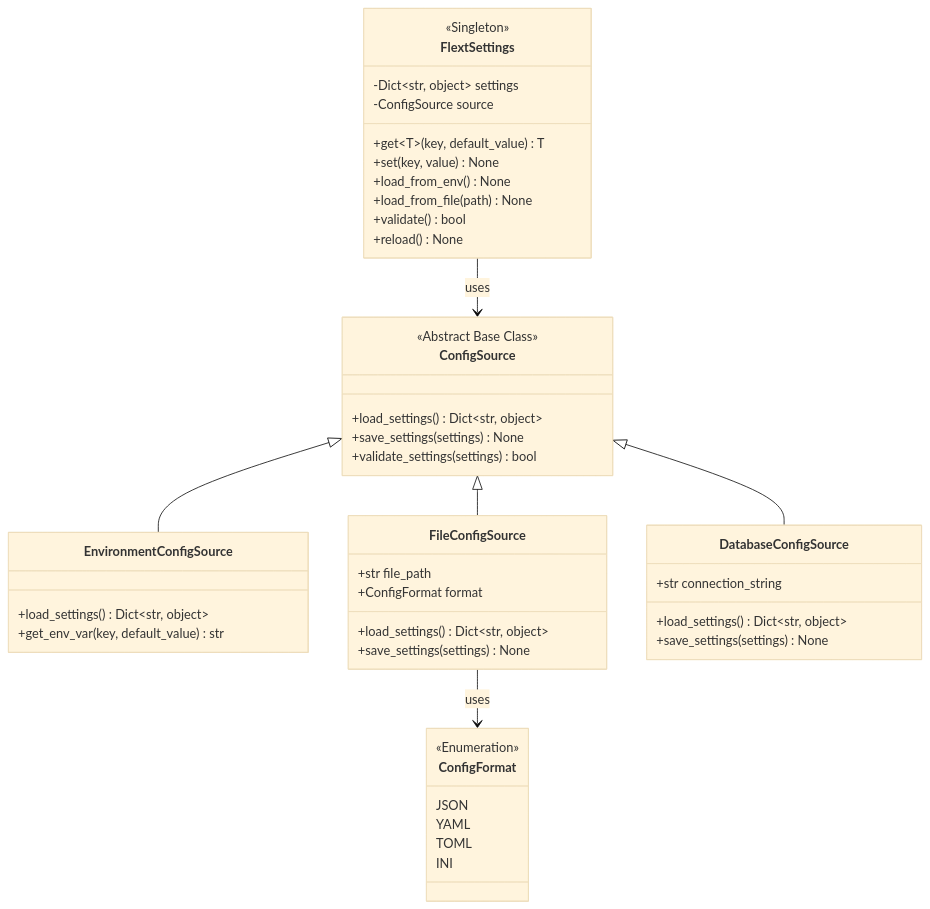
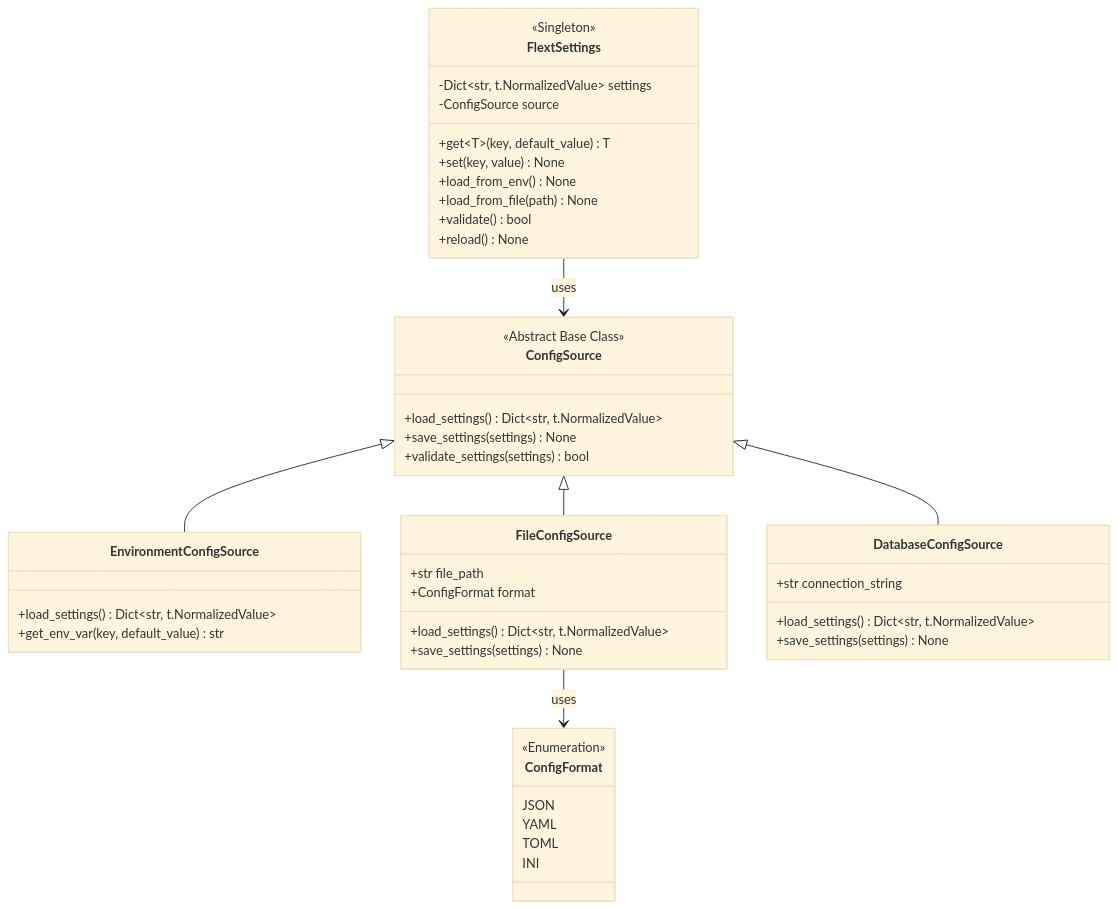
One commit to flext-sh/flext changed the ninth of 10 diagrams in docs/architecture/c4-model/code-diagrams.md. Above: the diagram before and after it, drawn with Mermaid (base theme). The commit also changed other lines of this file and 64 other files, not shown here.

````diff
--- a/docs/architecture/c4-model/code-diagrams.md
+++ b/docs/architecture/c4-model/code-diagrams.md
@@ -463,53 +463,53 @@
 ```mermaid
 classDiagram
     class FlextSettings {
         <<Singleton>>
-        -Dict~str, object~ settings
+        -Dict~str, t.NormalizedValue~ settings
         -ConfigSource source
         +get~T~(key, default_value) T
         +set(key, value) None
         +load_from_env() None
         +load_from_file(path) None
         +validate() bool
         +reload() None
     }
 
     class ConfigSource {
         <<Abstract Base Class>>
-        +load_settings() Dict~str, object~
+        +load_settings() Dict~str, t.NormalizedValue~
         +save_settings(settings) None
         +validate_settings(settings) bool
     }
 
     class EnvironmentConfigSource {
-        +load_settings() Dict~str, object~
+        +load_settings() Dict~str, t.NormalizedValue~
         +get_env_var(key, default_value) str
     }
 
     class FileConfigSource {
         +str file_path
         +ConfigFormat format
-        +load_settings() Dict~str, object~
+        +load_settings() Dict~str, t.NormalizedValue~
         +save_settings(settings) None
     }
 
     class DatabaseConfigSource {
         +str connection_string
-        +load_settings() Dict~str, object~
+        +load_settings() Dict~str, t.NormalizedValue~
         +save_settings(settings) None
     }
 
     class ConfigFormat {
         <<Enumeration>>
         JSON
         YAML
         TOML
         INI
     }
 
     FlextSettings --> ConfigSource : uses
     ConfigSource <|-- EnvironmentConfigSource
     ConfigSource <|-- FileConfigSource
     ConfigSource <|-- DatabaseConfigSource
     FileConfigSource --> ConfigFormat : uses
 ```
````
